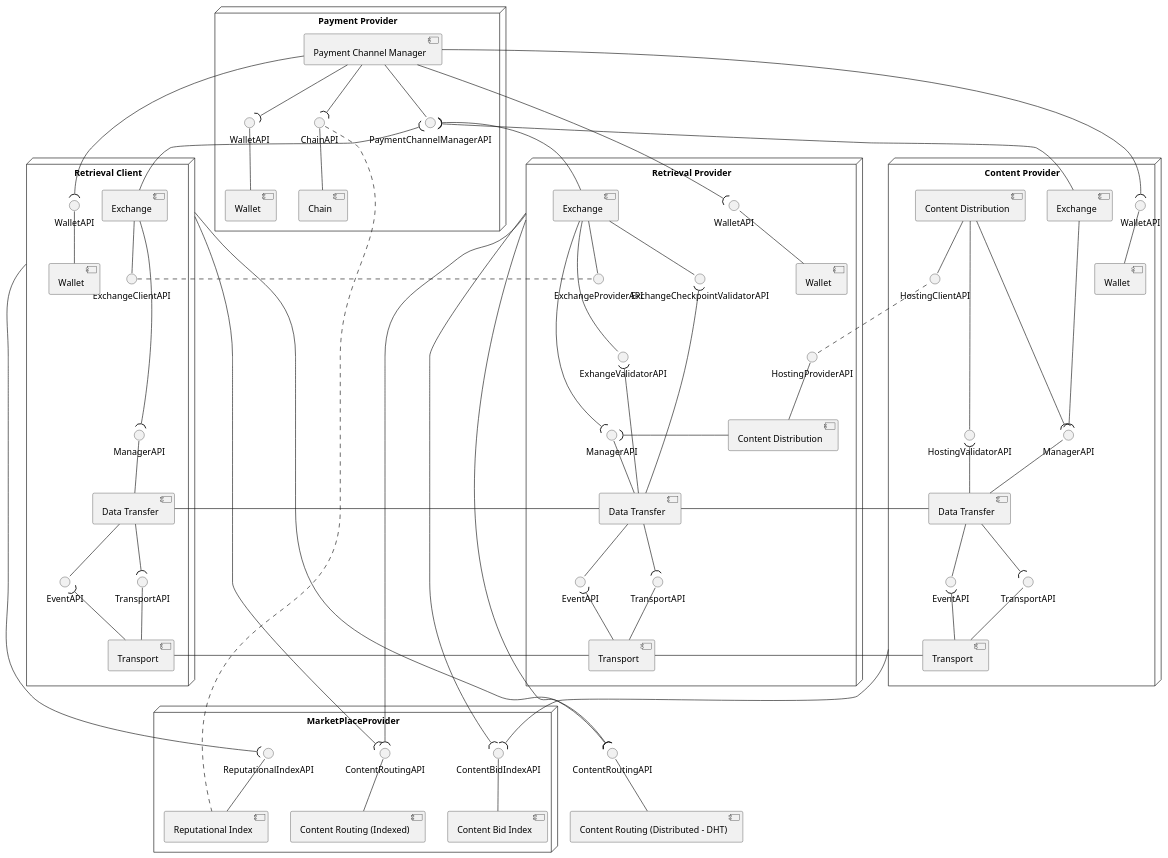
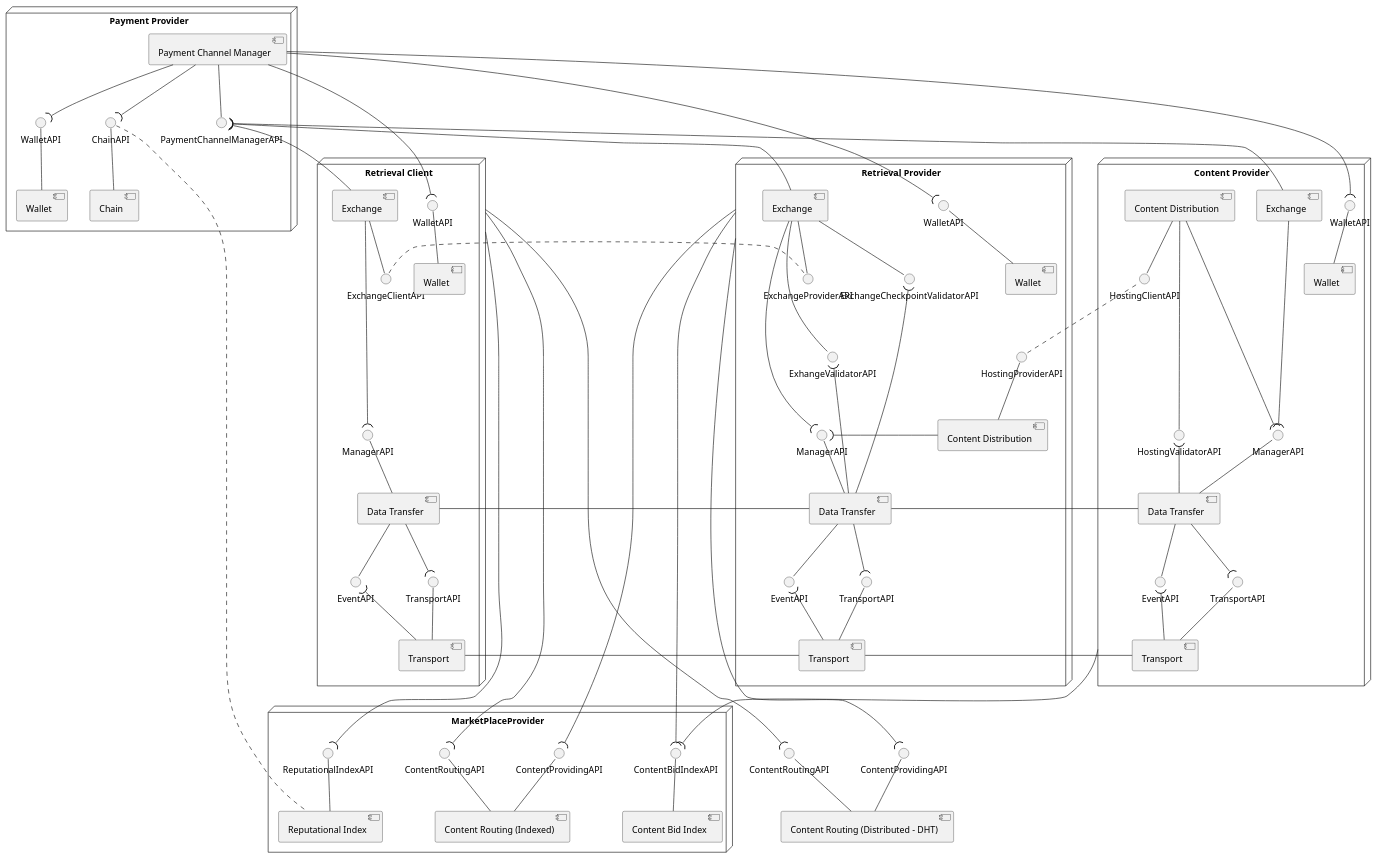
One commit to filecoin-project/retrieval-market-spec changed the diagram in docs/architecture.md. Above: the diagram before and after it, drawn with PlantUML. The commit also changed 1 other file, not shown here.

Commit message:
refactor(contentrouting): align with index node designs
align content routing compoent with in progress designs for index nodes

fix #2

```diff
--- a/docs/architecture.md
+++ b/docs/architecture.md
@@ -114,16 +114,19 @@
   RetrievalClient -------down-( ReputationalIndexAPI
   RetrievalProvider -------down-( ContentBidIndexAPI
   ContentProvider -------down-( ContentBidIndexAPI
-  RetrievalProvider -------down-( ContentRoutingAPI
+  RetrievalProvider -------down-( ContentProvidingAPI
   RetrievalClient -------down-( ContentRoutingAPI
   ReputationalIndexAPI -- [Reputational Index]
   ChainAPI .....down. [Reputational Index]
   ContentBidIndexAPI -- [Content Bid Index]
+  ContentProvidingAPI -- [Content Routing (Indexed)]
   ContentRoutingAPI -- [Content Routing (Indexed)]
 }
 
+() ContentProvidingAPI as DContentProvidingAPI
 () ContentRoutingAPI as DContentRoutingAPI
-RetrievalProvider -------down-( DContentRoutingAPI
+RetrievalProvider -------down-( DContentProvidingAPI
 RetrievalClient -------down-( DContentRoutingAPI
+DContentProvidingAPI -- [Content Routing (Distributed - DHT)]
 DContentRoutingAPI -- [Content Routing (Distributed - DHT)]
 @enduml
```
